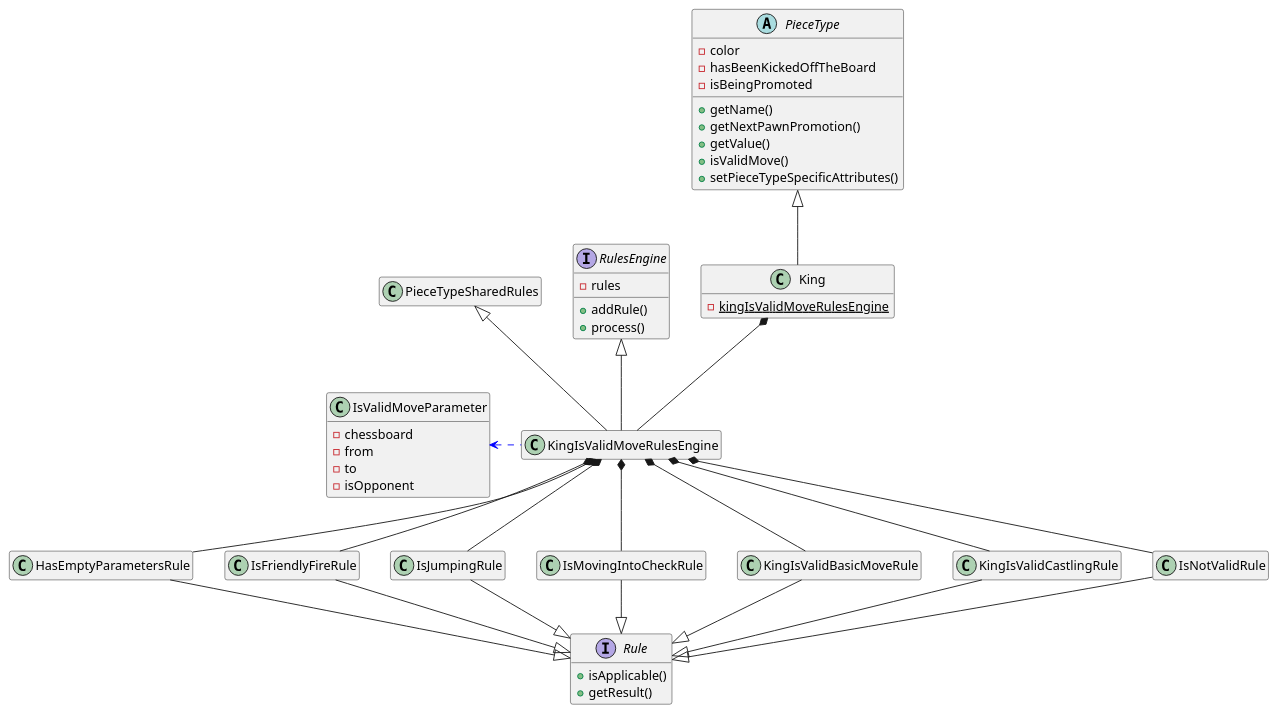
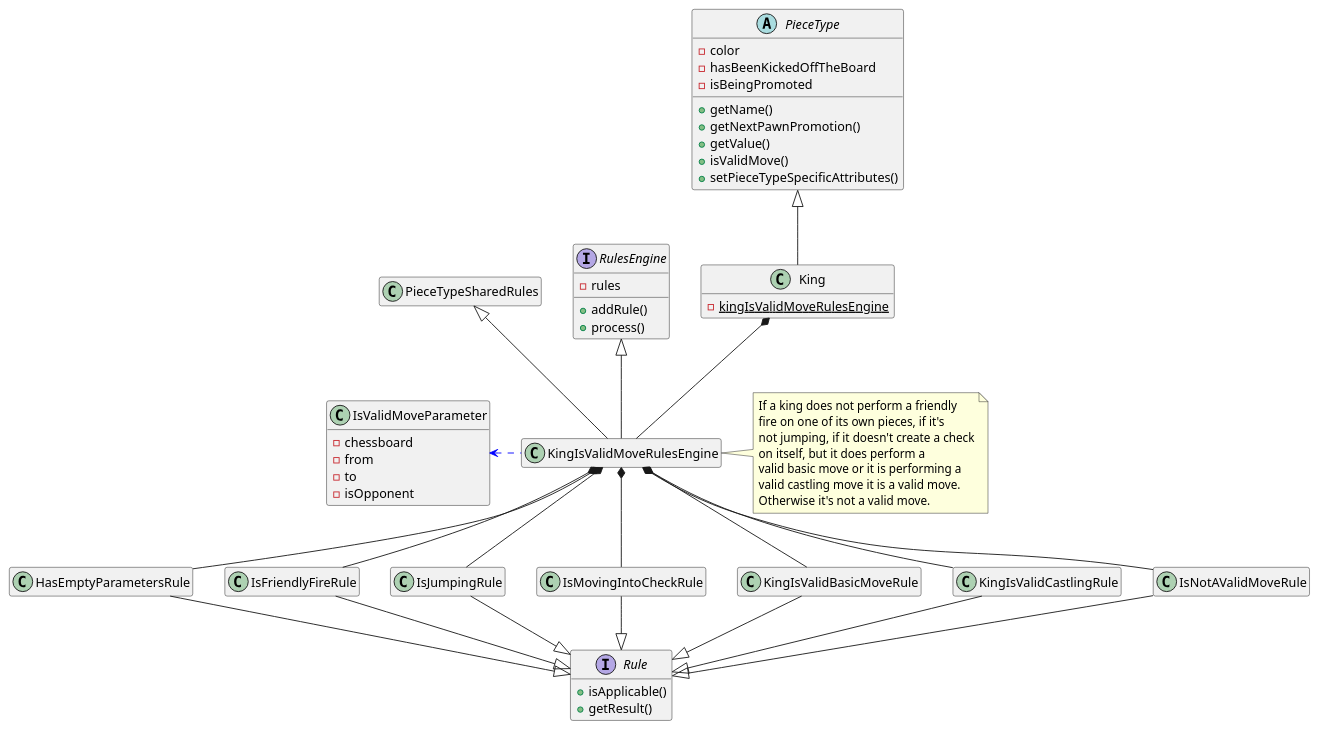
The diagram in game/src/main/resources/uml/king.puml (tiktaalick/chess-with-database), drawn with PlantUML before and after one commit. The commit also changed 22 other files, not shown here.

Commit message:
* Added notes to the class diagrams.

```diff
--- a/game/src/main/resources/uml/king.puml
+++ b/game/src/main/resources/uml/king.puml
@@ -1,67 +1,80 @@
 @startuml
 
 '--------------'
 'Hidden members'
 '--------------'
 hide empty members
 
 '----'
 'Move'
 '----'
 abstract class PieceType {
     - color
     - hasBeenKickedOffTheBoard
     - isBeingPromoted
     + getName()
     + getNextPawnPromotion()
     + getValue()
     + isValidMove()
     + setPieceTypeSpecificAttributes()
 }
 
 class King {
     - {static} kingIsValidMoveRulesEngine
 }
 
 class IsValidMoveParameter {
     - chessboard
     - from
     - to
     - isOpponent
 }
 
 interface RulesEngine {
     - rules
     + addRule()
     + process()
 }
 
 interface Rule {
     + isApplicable()
     + getResult()
 }
 
 '---------'
 'Relations'
 '---------'
 PieceType <|-down- King
 King *-- KingIsValidMoveRulesEngine
 KingIsValidMoveRulesEngine -up-|> RulesEngine
 KingIsValidMoveRulesEngine -up-|> PieceTypeSharedRules
 KingIsValidMoveRulesEngine .left[#blue].> IsValidMoveParameter
 HasEmptyParametersRule -up-* KingIsValidMoveRulesEngine
 IsFriendlyFireRule -up-* KingIsValidMoveRulesEngine
 IsJumpingRule -up-* KingIsValidMoveRulesEngine
 IsMovingIntoCheckRule -up-* KingIsValidMoveRulesEngine
 KingIsValidBasicMoveRule -up-* KingIsValidMoveRulesEngine
 KingIsValidCastlingRule -up-* KingIsValidMoveRulesEngine
-IsNotValidRule -up-* KingIsValidMoveRulesEngine
+IsNotAValidMoveRule -up-* KingIsValidMoveRulesEngine
 HasEmptyParametersRule --|> Rule
 IsFriendlyFireRule --|> Rule
 IsJumpingRule --|> Rule
 IsMovingIntoCheckRule --|> Rule
 KingIsValidBasicMoveRule --|> Rule
 KingIsValidCastlingRule --|> Rule
-IsNotValidRule --|> Rule
+IsNotAValidMoveRule --|> Rule
+
+'-----'
+'Notes'
+'-----'
+note right of KingIsValidMoveRulesEngine {
+    If a king does not perform a friendly
+    fire on one of its own pieces, if it's
+    not jumping, if it doesn't create a check
+    on itself, but it does perform a
+    valid basic move or it is performing a
+    valid castling move it is a valid move.
+    Otherwise it's not a valid move.
+}
 
 @enduml
```
